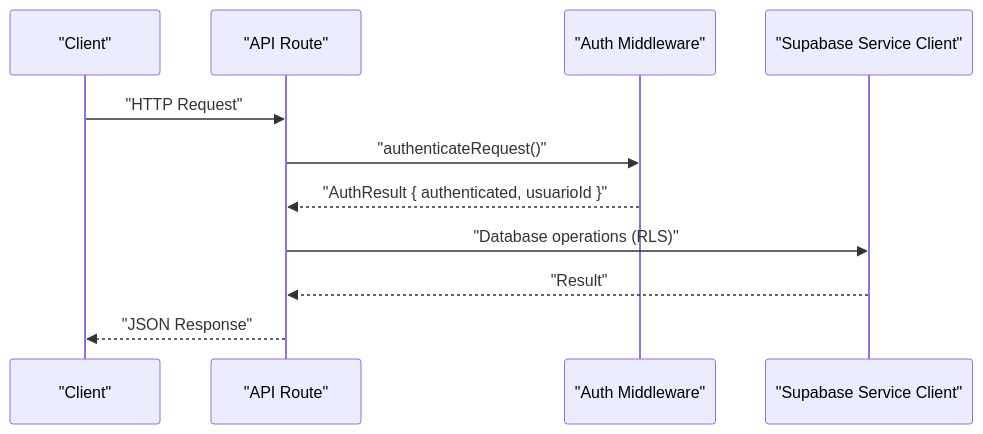
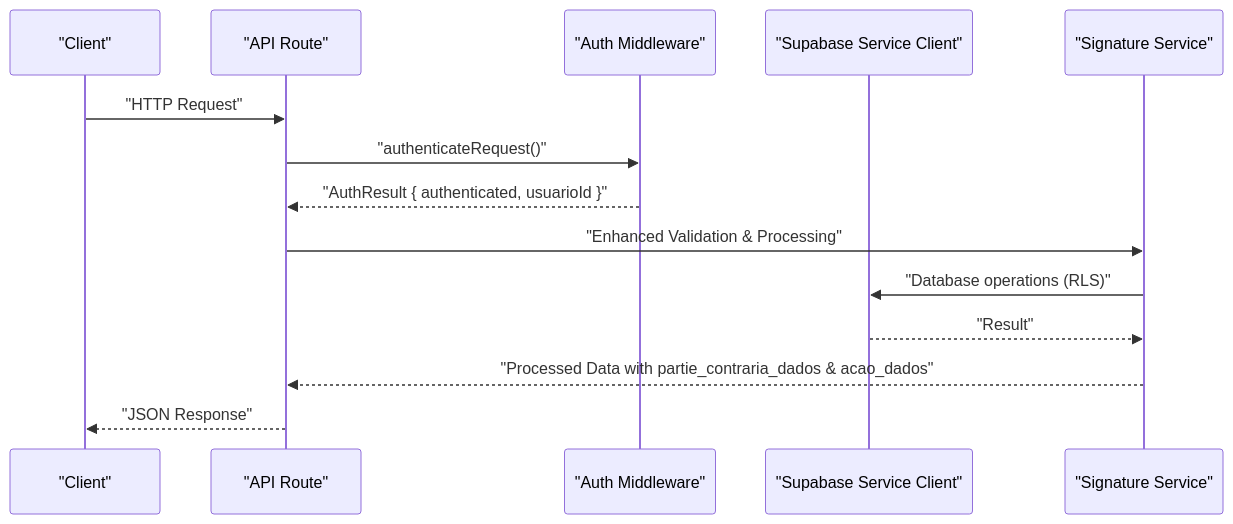
The second of 6 diagrams in .qoder/repowiki/en/content/API Reference/API Reference.md (SinesysTech/zattar-os), drawn with Mermaid before and after one commit. The commit also changed other lines of this file and 103 other files, not shown here.

````diff
--- a/.qoder/repowiki/en/content/API Reference/API Reference.md
+++ b/.qoder/repowiki/en/content/API Reference/API Reference.md
@@ -78,13 +102,16 @@
 ```mermaid
 sequenceDiagram
 participant C as "Client"
 participant A as "API Route"
 participant M as "Auth Middleware"
 participant S as "Supabase Service Client"
+participant SV as "Signature Service"
 C->>A : "HTTP Request"
 A->>M : "authenticateRequest()"
 M-->>A : "AuthResult { authenticated, usuarioId }"
-A->>S : "Database operations (RLS)"
-S-->>A : "Result"
+A->>SV : "Enhanced Validation & Processing"
+SV->>S : "Database operations (RLS)"
+S-->>SV : "Result"
+SV-->>A : "Processed Data with partie_contraria_dados & acao_dados"
 A-->>C : "JSON Response"
 ```
````
